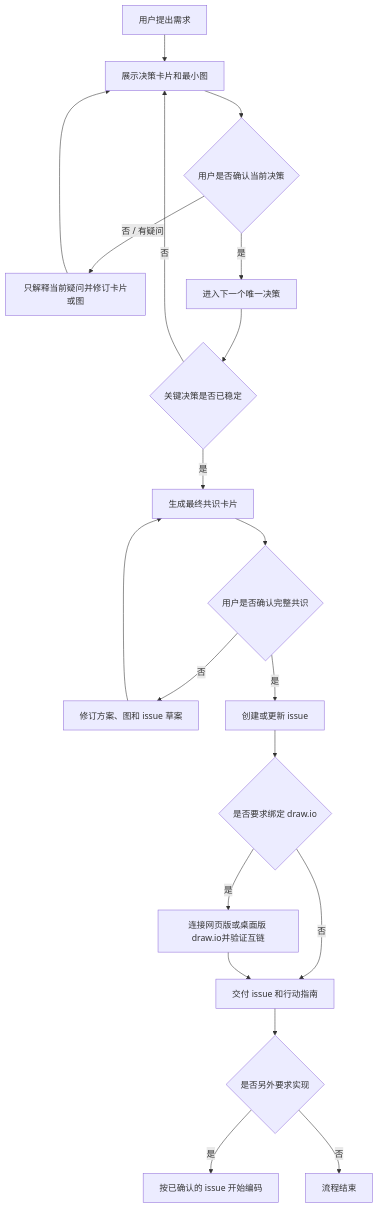
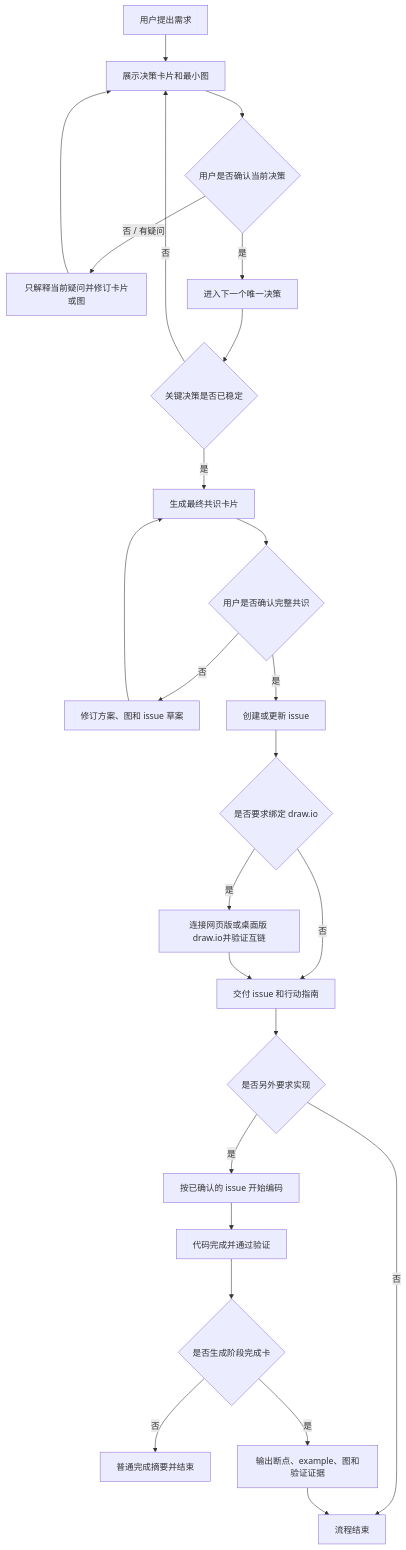
Before and after one commit to Chengyunlai/build-it-up: the diagram in README.md, drawn with Mermaid. The commit also changed other lines of this file and 4 other files, not shown here.

````diff
--- a/README.md
+++ b/README.md
@@ -49,22 +51,27 @@
 ```mermaid
 flowchart TD
     A[用户提出需求] --> B[展示决策卡片和最小图]
     B --> C{用户是否确认当前决策}
     C -- 否 / 有疑问 --> D[只解释当前疑问并修订卡片或图]
     D --> B
     C -- 是 --> E[进入下一个唯一决策]
     E --> F{关键决策是否已稳定}
     F -- 否 --> B
     F -- 是 --> G[生成最终共识卡片]
     G --> H{用户是否确认完整共识}
     H -- 否 --> I[修订方案、图和 issue 草案]
     I --> G
     H -- 是 --> J[创建或更新 issue]
     J --> K{是否要求绑定 draw.io}
     K -- 否 --> L[交付 issue 和行动指南]
     K -- 是 --> M[连接网页版或桌面版 draw.io并验证互链]
     M --> L
     L --> N{是否另外要求实现}
     N -- 是 --> O[按已确认的 issue 开始编码]
     N -- 否 --> P[流程结束]
+    O --> Q[代码完成并通过验证]
+    Q --> R{是否生成阶段完成卡}
+    R -- 否 --> S[普通完成摘要并结束]
+    R -- 是 --> T[输出断点、example、图和验证证据]
+    T --> P
 ```
````
